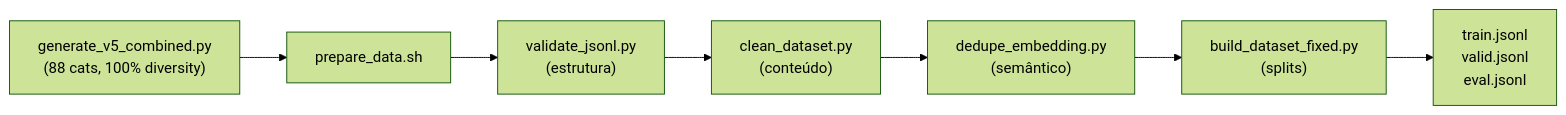
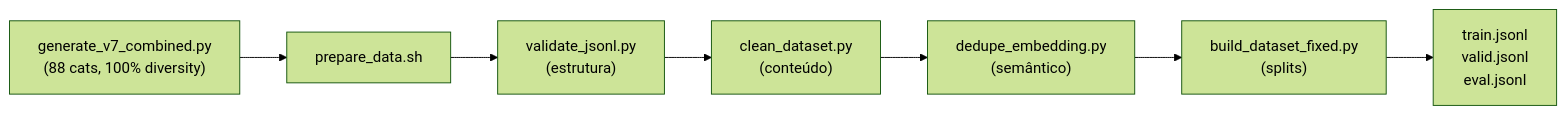
Before and after one commit to otavio-lemos/olia-2-oci: the second of 2 diagrams in README.en-US.md, drawn with Mermaid (forest theme). The commit also changed other lines of this file and 8 other files, not shown here.

````diff
--- a/README.en-US.md
+++ b/README.en-US.md
@@ -137,9 +137,9 @@
 ```mermaid
 flowchart LR
-    A1["generate_v5_combined.py\n(88 cats, 100% diversity)"] --> D["prepare_data.sh"]
+    A1["generate_v7_combined.py\n(88 cats, 100% diversity)"] --> D["prepare_data.sh"]
     D --> E["validate_jsonl.py\n(estrutura)"]
     E --> F["clean_dataset.py\n(conteúdo)"]
     F --> G["dedupe_embedding.py\n(semântico)"]
     G --> H["build_dataset_fixed.py\n(splits)"]
     H --> I["train.jsonl\nvalid.jsonl\neval.jsonl"]
 ```
````
